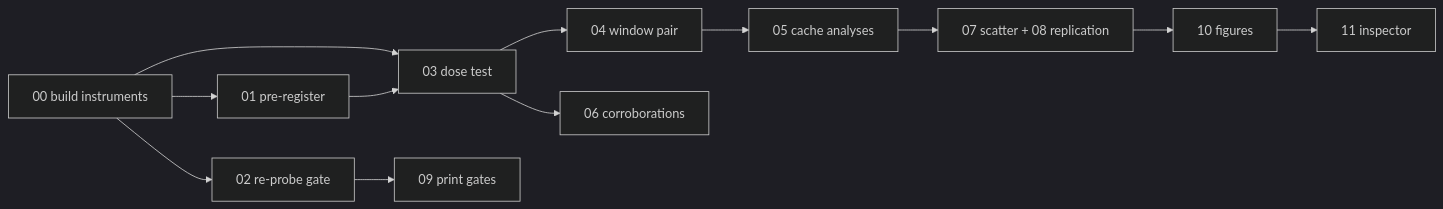
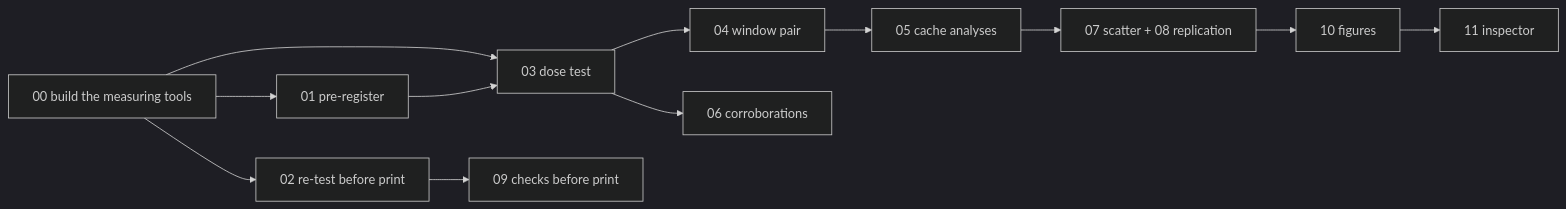
One commit to mo-rsa24/poe_repair_min changed the diagram in plans/03-does-the-correction-cause-composition/plans/instrument-02-fix-the-size-measure-before-any-result.md. Above: the diagram before and after it, drawn with Mermaid (dark theme). The commit also changed other lines of this file and 37 other files, not shown here.

````diff
--- a/plans/03-does-the-correction-cause-composition/plans/instrument-02-fix-the-size-measure-before-any-result.md
+++ b/plans/03-does-the-correction-cause-composition/plans/instrument-02-fix-the-size-measure-before-any-result.md
@@ -34,13 +34,13 @@
 ```mermaid
 flowchart LR
-    Z[00 build instruments] --> A[01 pre-register]
+    Z[00 build the measuring tools] --> A[01 pre-register]
     Z --> B
     Z --> C
     A --> C[03 dose test]
-    B[02 re-probe gate] --> I[09 print gates]
+    B[02 re-test before print] --> I[09 checks before print]
     C --> D[04 window pair]
     C --> F[06 corroborations]
     D --> E[05 cache analyses]
     E --> G[07 scatter + 08 replication]
     G --> J[10 figures] --> K[11 inspector]
 ```
````
